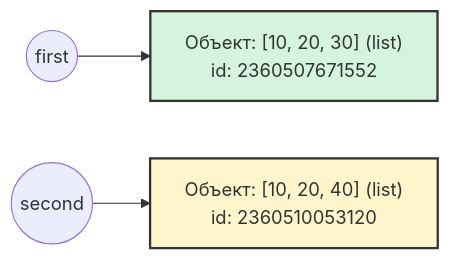
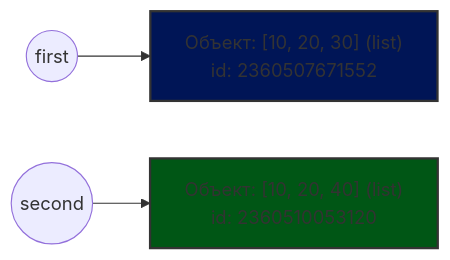
One commit to Dikobez/fai_topit_fundamentals_of_programming changed the second of 3 diagrams in solutions/lab_02/REPORT.md. Above: the diagram before and after it, drawn with Mermaid. The commit also changed other lines of this file, not shown here.

````diff
--- a/solutions/lab_02/REPORT.md
+++ b/solutions/lab_02/REPORT.md
@@ -18,8 +18,8 @@
 ```mermaid
 graph LR
     first((first)) --> list1["Объект: [10, 20, 30] (list)<br/>id: 2360507671552"]
     second((second)) --> list2["Объект: [10, 20, 40] (list)<br/>id: 2360510053120"]
     
-    style list1 fill:#d4f4dd,stroke:#333,stroke-width:2px
-    style list2 fill:#fff5cc,stroke:#333,stroke-width:2px
+    style list1 fill:#001556,stroke:#333,stroke-width:2px
+    style list2 fill:#005615,stroke:#333,stroke-width:2px
 ```
````
